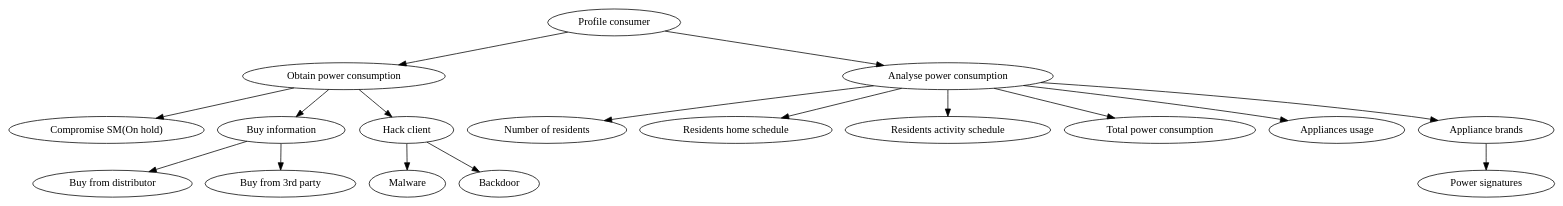
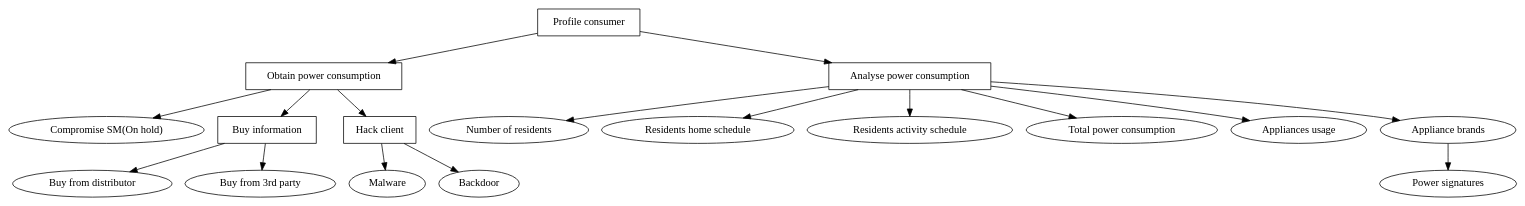
Before and after one commit to des904e15/report: the diagram in figures/graphviz/information_stealing_vs_consumer_tree.dot, drawn with Graphviz. The commit also changed 13 other files, not shown here.

```diff
--- a/figures/graphviz/information_stealing_vs_consumer_tree.dot
+++ b/figures/graphviz/information_stealing_vs_consumer_tree.dot
@@ -1,35 +1,35 @@
 digraph G{
 	node [style=filled fillcolor=white]
 
-	root[label="Profile consumer"];
+	root[label="Profile consumer",shape=AND];
 
-	obtain_information[label="Obtain power consumption"]
-	analyse_power_consumption[label="Analyse power consumption"]
+	obtain_information[label="Obtain power consumption",shape=OR];
+	analyse_power_consumption[label="Analyse power consumption",shape=OR];
 
 	compromise_sm[label="Compromise SM(On hold)"];
-	buy_information[label="Buy information"]
-	hack_client[label="Hack client"];
+	buy_information[label="Buy information",shape=OR]
+	hack_client[label="Hack client",shape=OR];
 	residents[label="Number of residents"];
 	home[label="Residents home schedule"];
 	activity_residents[label="Residents activity schedule"];
 	total[label="Total power consumption"];
 	when_appl[label="Appliances usage"];
 	what_appl[label="Appliance brands"];
 
 	buy_distributor[label="Buy from distributor"];
 	buy_third_party[label="Buy from 3rd party"];
 	
 	malware[label="Malware"];
 	backdoor[label="Backdoor"];
 	power_signatures[label="Power signatures"]
 	
 
 	root -> obtain_information, analyse_power_consumption;
 	obtain_information -> compromise_sm, buy_information, hack_client;
 	analyse_power_consumption -> total, residents, activity_residents, home, when_appl, what_appl;
 	buy_information -> buy_distributor, buy_third_party;
 	hack_client -> malware, backdoor;
 
 	what_appl -> power_signatures;
 	
 	}
```
